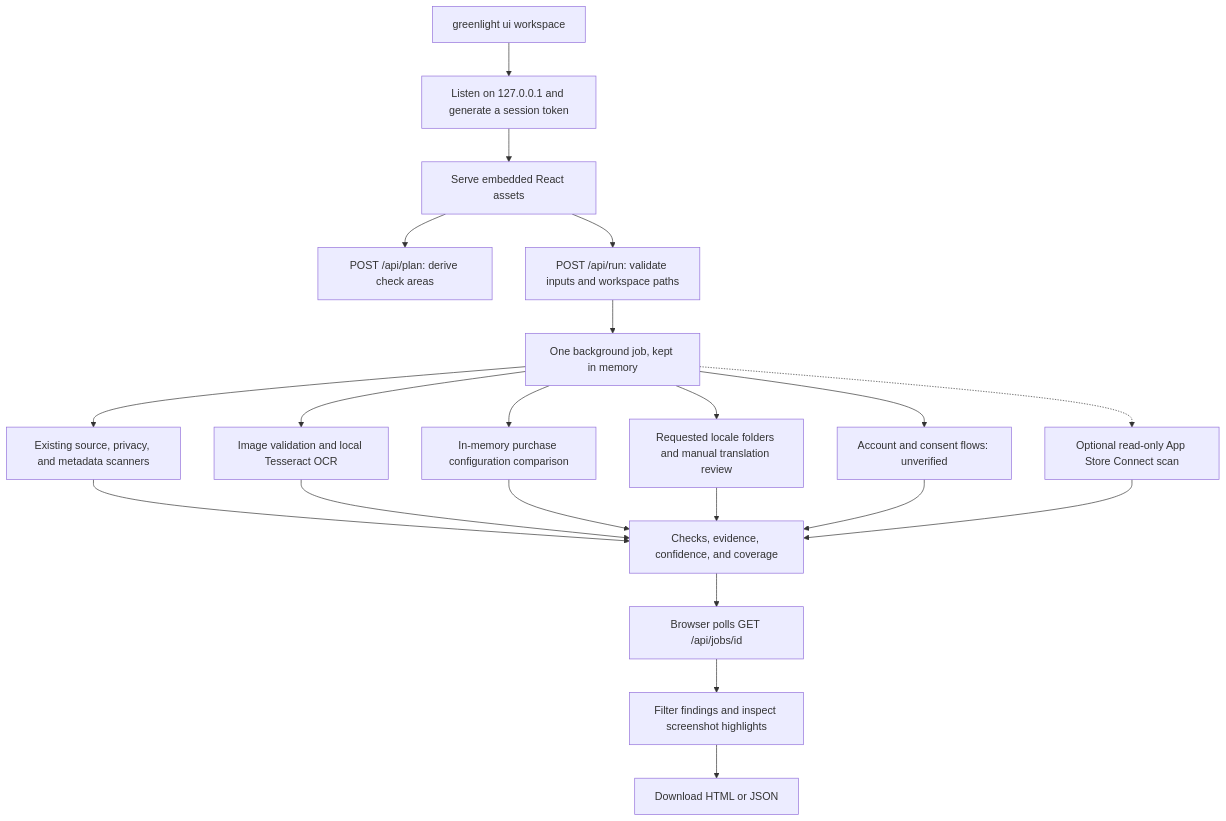
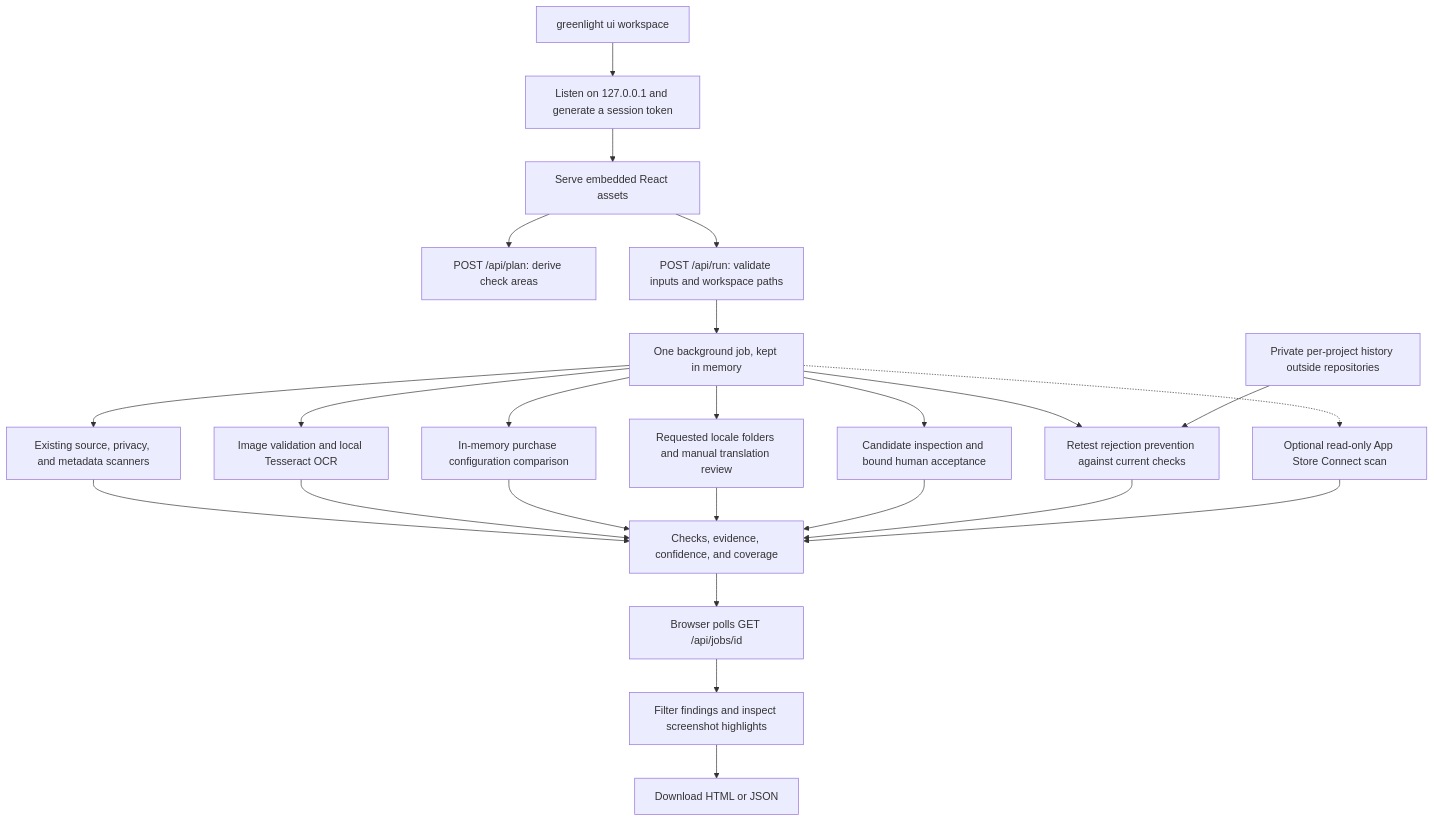
Before and after one commit to RandyVentures/greenlight: the first of 2 diagrams in docs/architecture.md, drawn with Mermaid. The commit also changed other lines of this file and 30 other files, not shown here.

Commit message:
Port release acceptance checklist and add private rejection prevention history

````diff
--- a/docs/architecture.md
+++ b/docs/architecture.md
@@ -9,23 +9,26 @@
 ```mermaid
 flowchart TB
     CLI["greenlight ui workspace"] --> Listen["Listen on 127.0.0.1 and generate a session token"]
     Listen --> UI["Serve embedded React assets"]
     UI --> Plan["POST /api/plan: derive check areas"]
     UI --> Start["POST /api/run: validate inputs and workspace paths"]
     Start --> Job["One background job, kept in memory"]
     Job --> Source["Existing source, privacy, and metadata scanners"]
     Job --> Screenshots["Image validation and local Tesseract OCR"]
     Job --> Purchases["In-memory purchase configuration comparison"]
     Job --> Locales["Requested locale folders and manual translation review"]
-    Job --> Manual["Account and consent flows: unverified"]
+    Job --> Acceptance["Candidate inspection and bound human acceptance"]
+    Job --> History["Retest rejection prevention against current checks"]
+    Private["Private per-project history outside repositories"] --> History
     Job -.-> ASC["Optional read-only App Store Connect scan"]
     Source --> Report["Checks, evidence, confidence, and coverage"]
     Screenshots --> Report
     Purchases --> Report
     Locales --> Report
-    Manual --> Report
+    Acceptance --> Report
+    History --> Report
     ASC --> Report
     Report --> Poll["Browser polls GET /api/jobs/id"]
     Poll --> Inspect["Filter findings and inspect screenshot highlights"]
     Inspect --> Export["Download HTML or JSON"]
 ```
````
